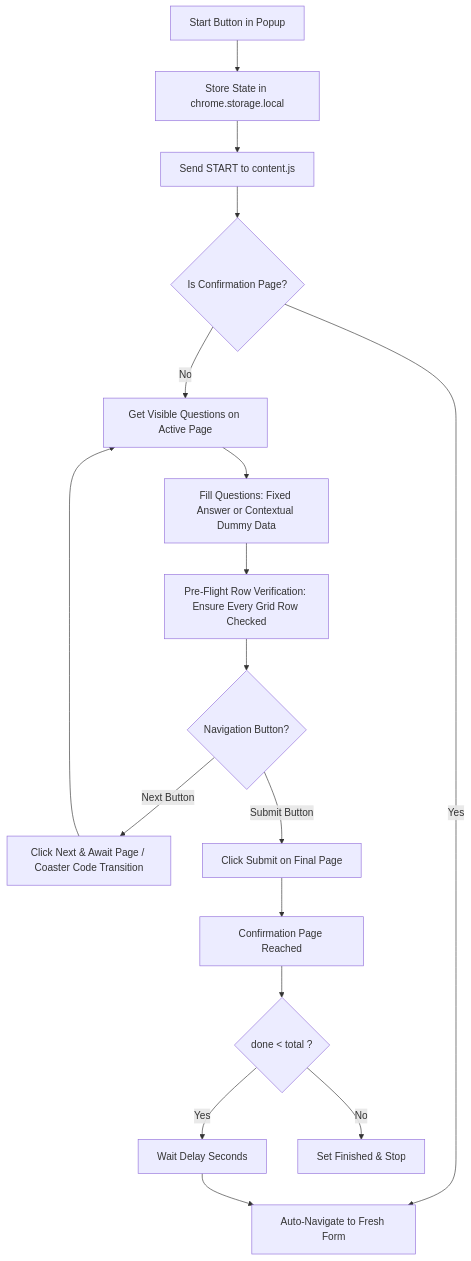
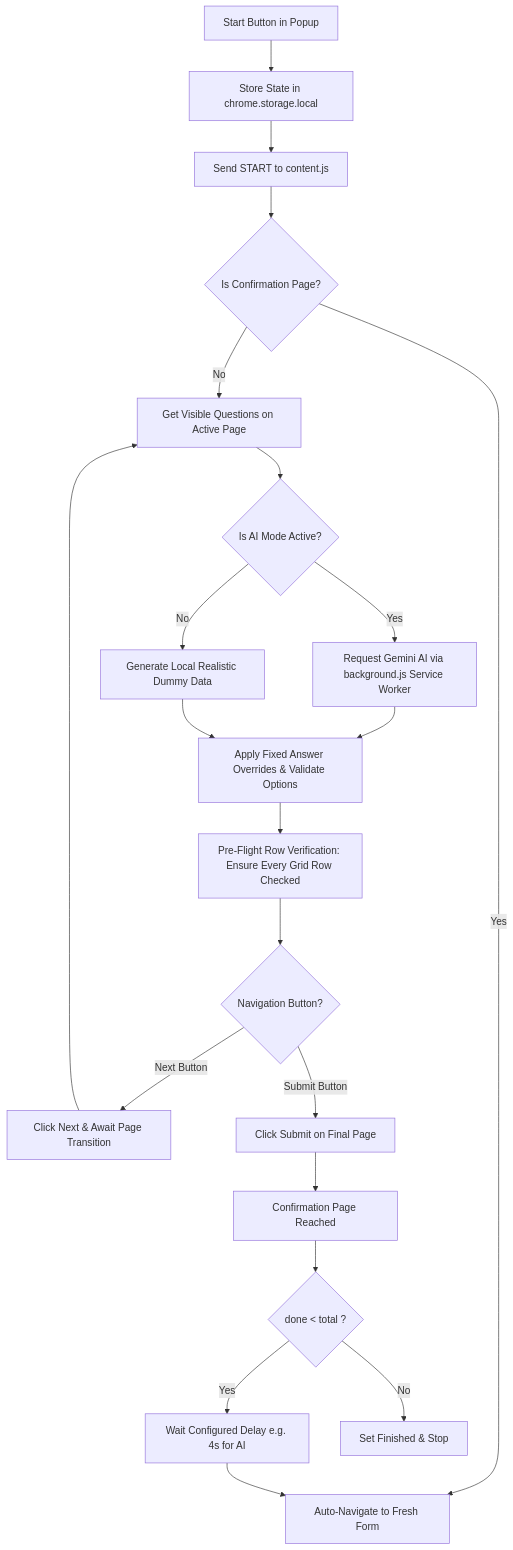
Before and after one commit to makdi-manav/FormPilot: the diagram in README.md, drawn with Mermaid. The commit also changed other lines of this file and 11 other files, not shown here.

Commit message:
feat: add Gemini AI mode, secure options page, and persona generator

````diff
--- a/README.md
+++ b/README.md
@@ -58,19 +80,23 @@
 ```mermaid
 flowchart TD
     A[Start Button in Popup] --> B[Store State in chrome.storage.local]
     B --> C[Send START to content.js]
     C --> D{Is Confirmation Page?}
     D -- Yes --> E[Auto-Navigate to Fresh Form]
     D -- No --> F[Get Visible Questions on Active Page]
-    F --> G[Fill Questions: Fixed Answer or Contextual Dummy Data]
-    G --> H[Pre-Flight Row Verification: Ensure Every Grid Row Checked]
-    H --> I{Navigation Button?}
-    I -- "Next" Button --> J[Click Next & Await Page / Coaster Code Transition]
-    J --> F
-    I -- "Submit" Button --> K[Click Submit on Final Page]
-    K --> L[Confirmation Page Reached]
-    L --> M{done < total ?}
-    M -- Yes --> N[Wait Delay Seconds]
-    N --> E
-    M -- No --> O[Set Finished & Stop]
+    F --> G{Is AI Mode Active?}
+    G -- Yes --> H[Request Gemini AI via background.js Service Worker]
+    G -- No --> I[Generate Local Realistic Dummy Data]
+    H --> J[Apply Fixed Answer Overrides & Validate Options]
+    I --> J
+    J --> K[Pre-Flight Row Verification: Ensure Every Grid Row Checked]
+    K --> L{Navigation Button?}
+    L -- "Next" Button --> M[Click Next & Await Page Transition]
+    M --> F
+    L -- "Submit" Button --> N[Click Submit on Final Page]
+    N --> O[Confirmation Page Reached]
+    O --> P{done < total ?}
+    P -- Yes --> Q[Wait Configured Delay e.g. 4s for AI]
+    Q --> E
+    P -- No --> R[Set Finished & Stop]
 ```
````
